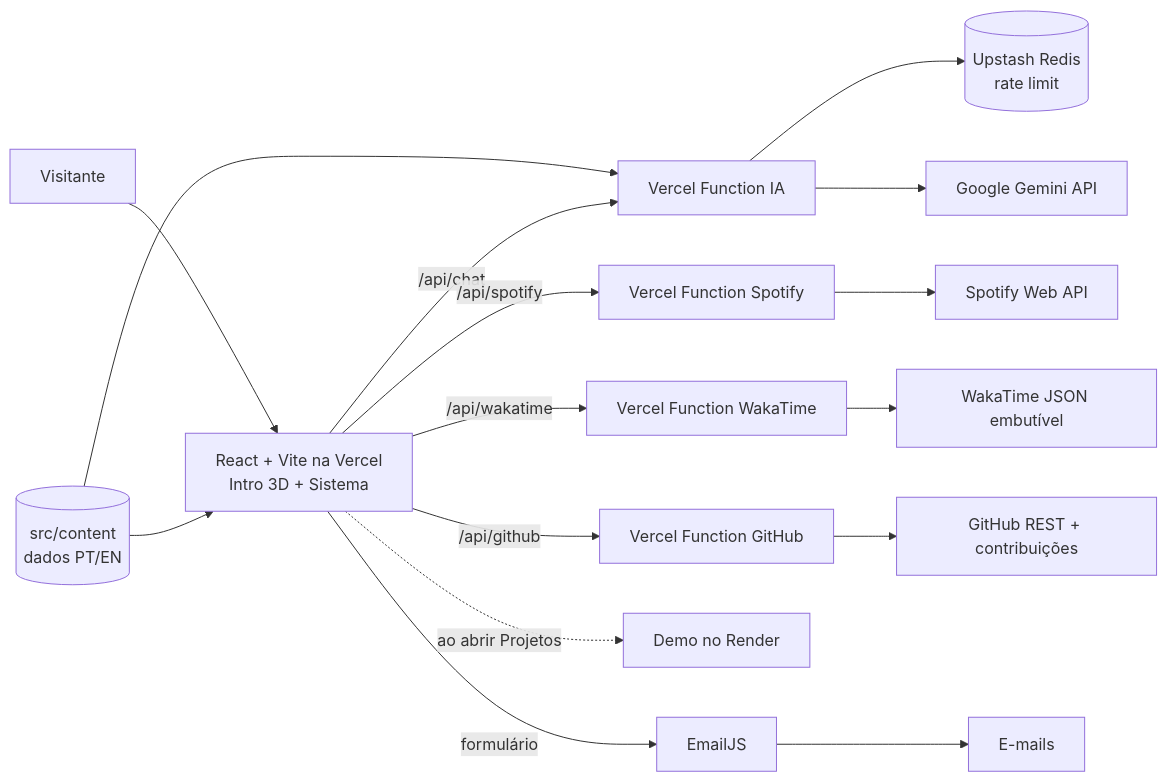
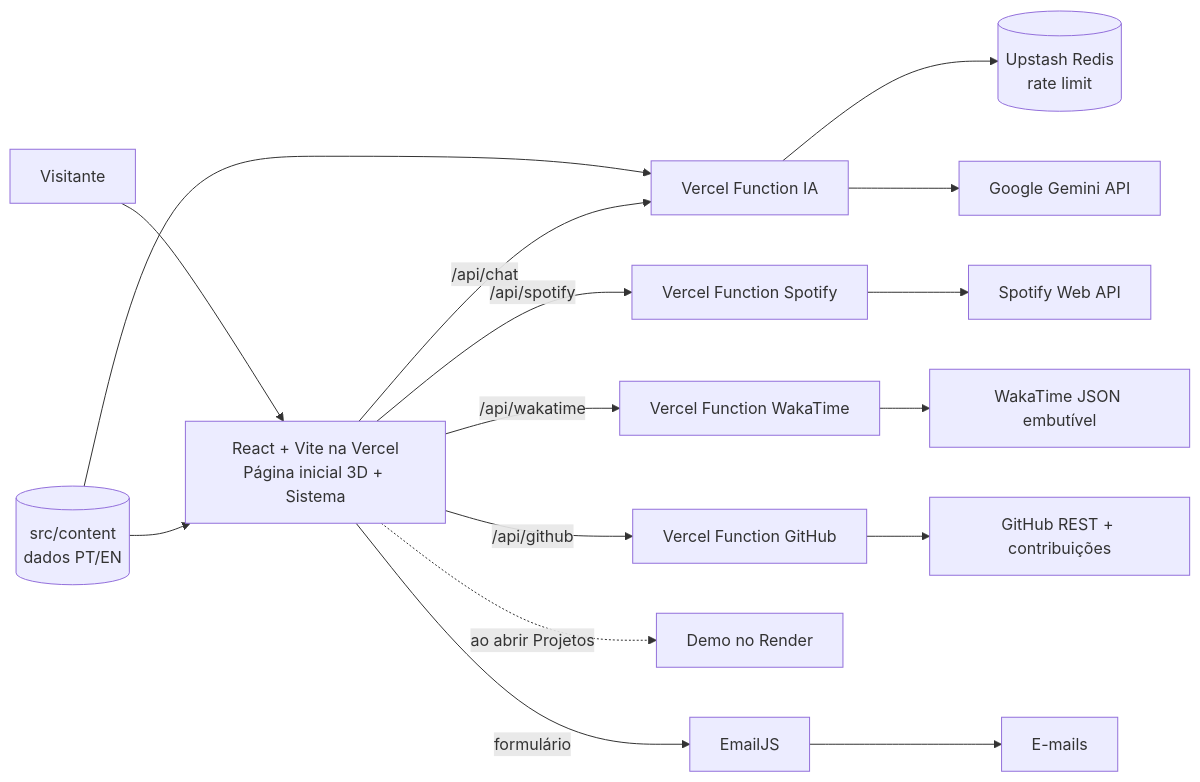
One commit to leonardoMartins-Dev/Portifolio-Pessoal changed the diagram in README.md. Above: the diagram before and after it, drawn with Mermaid. The commit also changed other lines of this file and 119 other files, not shown here.

````diff
--- a/README.md
+++ b/README.md
@@ -209,14 +209,14 @@
 ```mermaid
 flowchart LR
-  V[Visitante] --> FE["React + Vite na Vercel<br/>Intro 3D + Sistema"]
+  V[Visitante] --> FE["React + Vite na Vercel<br/>Página inicial 3D + Sistema"]
   C[("src/content<br/>dados PT/EN")] --> FE
   C --> CHAT
   FE -->|/api/chat| CHAT[Vercel Function IA]
   CHAT --> RL[("Upstash Redis<br/>rate limit")]
   CHAT --> GEM[Google Gemini API]
   FE -->|/api/spotify| SP[Vercel Function Spotify] --> SAPI[Spotify Web API]
   FE -->|/api/wakatime| WK[Vercel Function WakaTime] --> WAPI[WakaTime JSON embutível]
   FE -->|/api/github| GH[Vercel Function GitHub] --> GAPI[GitHub REST + contribuições]
   FE -.->|ao abrir Projetos| RENDER[Demo no Render]
   FE -->|formulário| EJS[EmailJS] --> MAIL[E-mails]
 ```
````
